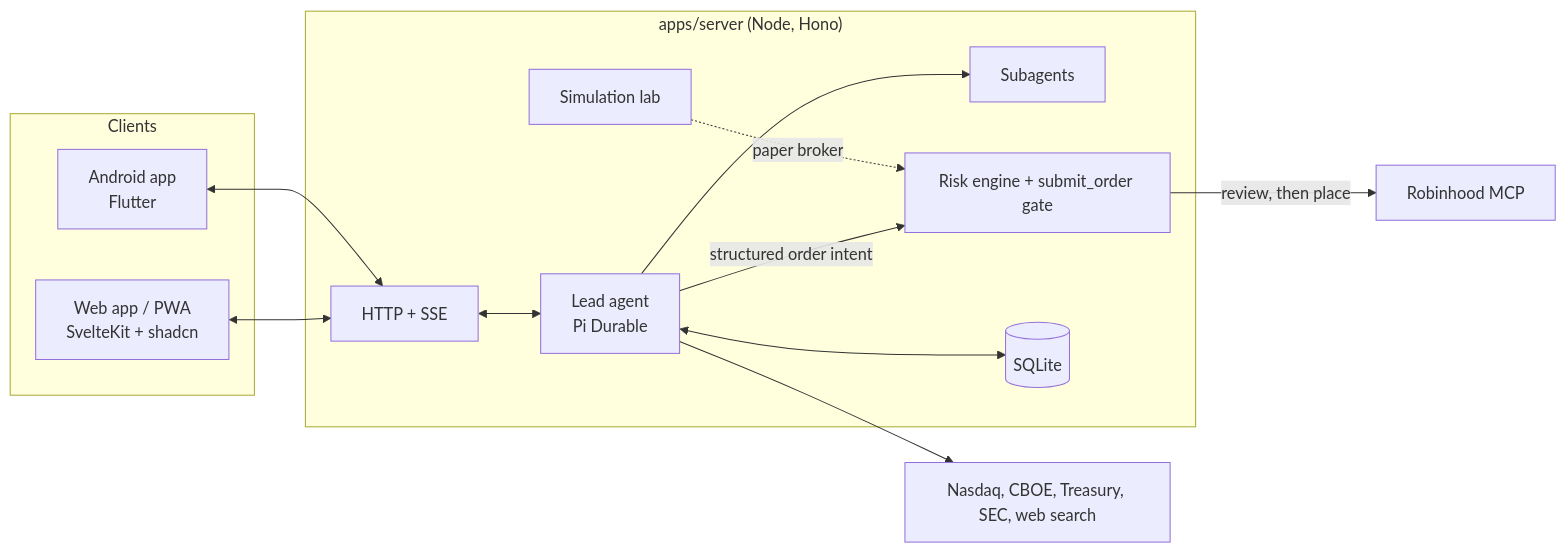
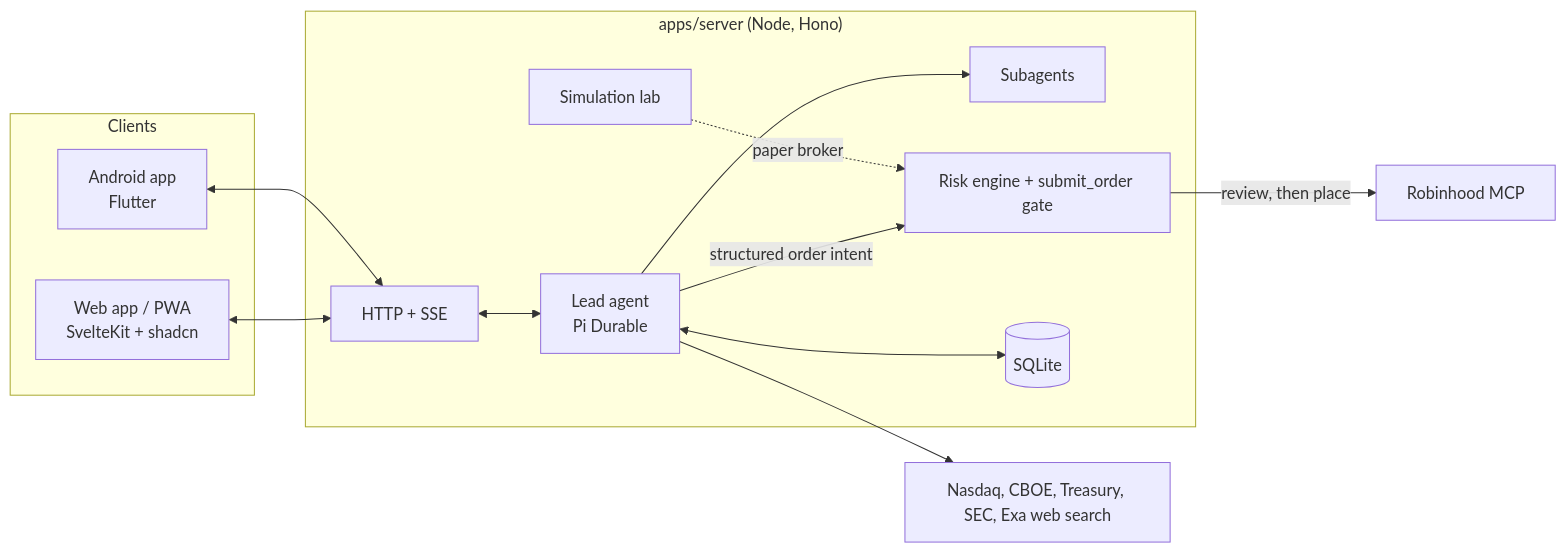
Before and after one commit to hffmnnj/longbow: the diagram in README.md, drawn with Mermaid. The commit also changed other lines of this file and 11 other files, not shown here.

Commit message:
feat(search): use Exa for web and financial research (#32)

````diff
--- a/README.md
+++ b/README.md
@@ -74,24 +74,24 @@
 ```mermaid
 flowchart LR
   subgraph Clients
     W[Web app / PWA<br/>SvelteKit + shadcn]
     A[Android app<br/>Flutter]
   end
   subgraph Server["apps/server (Node, Hono)"]
     API[HTTP + SSE]
     AG[Lead agent<br/>Pi Durable]
     SUB[Subagents]
     RISK[Risk engine + submit_order gate]
     SIM[Simulation lab]
     DB[(SQLite)]
   end
   W <--> API
   A <--> API
   API <--> AG
   AG --> SUB
   AG -->|structured order intent| RISK
   RISK -->|review, then place| RH[Robinhood MCP]
-  AG --> MD[Nasdaq, CBOE, Treasury, SEC, web search]
+  AG --> MD[Nasdaq, CBOE, Treasury, SEC, Exa web search]
   SIM -.paper broker.-> RISK
   AG <--> DB
 ```
````
